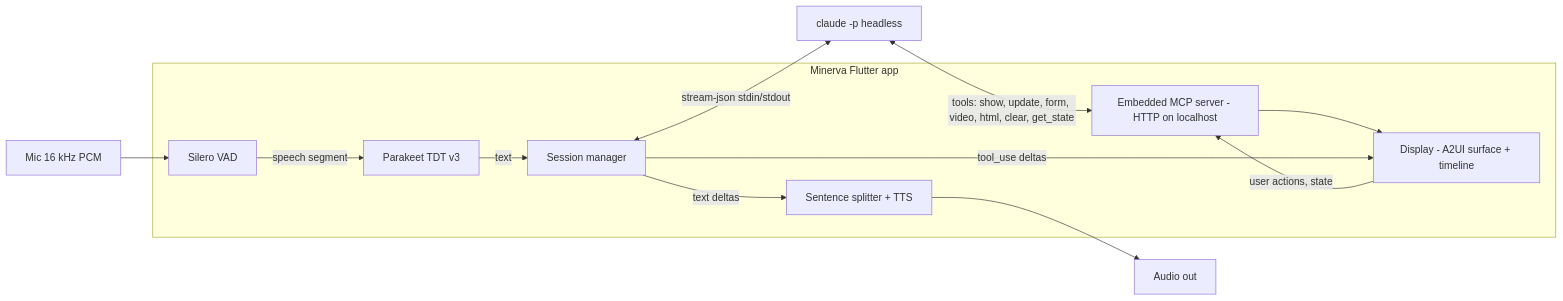
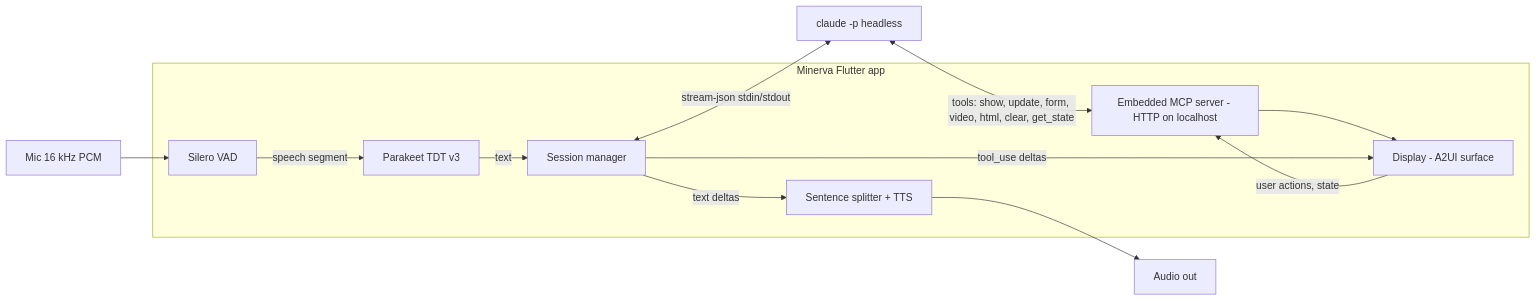
The diagram in docs/design.md (kidandcat/displai), drawn with Mermaid before and after one commit. The commit also changed other lines of this file and 13 other files, not shown here.

Commit message:
Drop the display timeline: each view replaces the last, with no back tool, arrow keys or history strip, and the prompt asks for short views

````diff
--- a/docs/design.md
+++ b/docs/design.md
@@ -30,20 +30,20 @@
 ```mermaid
 flowchart LR
   Mic[Mic 16 kHz PCM] --> VAD[Silero VAD]
   VAD -->|speech segment| STT[Parakeet TDT v3]
   STT -->|text| Brain
   subgraph App[Minerva Flutter app]
     VAD
     STT
     Brain[Session manager]
     Speaker[Sentence splitter + TTS]
     MCP[Embedded MCP server - HTTP on localhost]
-    Surface[Display - A2UI surface + timeline]
+    Surface[Display - A2UI surface]
   end
   Brain <-->|stream-json stdin/stdout| CC[claude -p headless]
   CC <-->|tools: show, update, form, video, html, clear, get_state| MCP
   MCP --> Surface
   Surface -->|user actions, state| MCP
   Brain -->|text deltas| Speaker --> Out[Audio out]
   Brain -->|tool_use deltas| Surface
 ```
````
